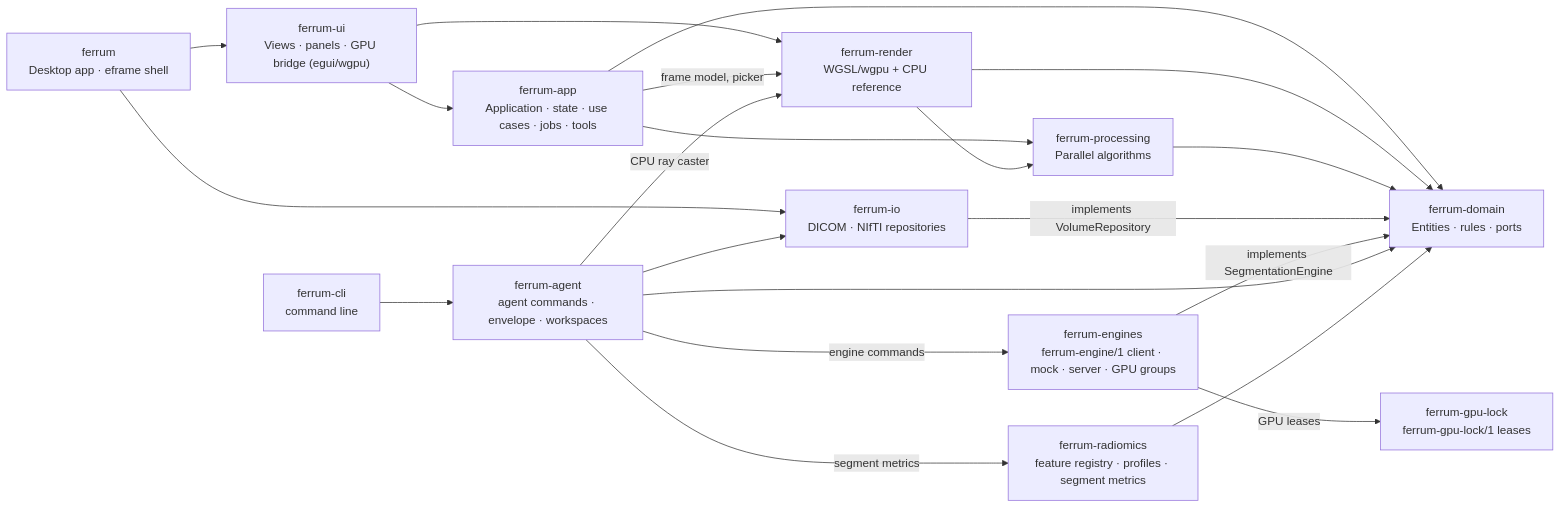
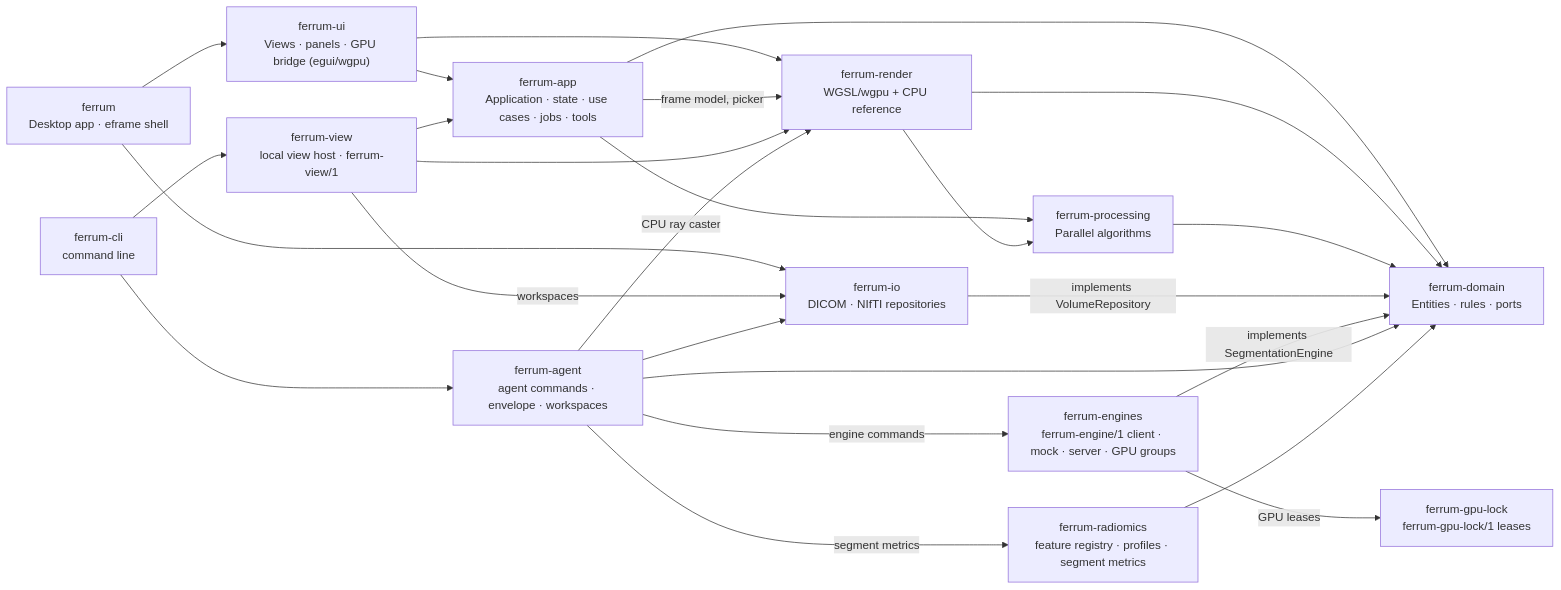
The first of 2 diagrams in docs/architecture.md (Kauter1989/ferrum), drawn with Mermaid before and after one commit. The commit also changed other lines of this file and 23 other files, not shown here.

````diff
--- a/docs/architecture.md
+++ b/docs/architecture.md
@@ -19,36 +19,41 @@
 ```mermaid
 flowchart LR
     V["ferrum<br/>Desktop app · eframe shell"]
     UI["ferrum-ui<br/>Views · panels · GPU bridge (egui/wgpu)"]
     A["ferrum-app<br/>Application · state · use cases · jobs · tools"]
     D["ferrum-domain<br/>Entities · rules · ports"]
     P["ferrum-processing<br/>Parallel algorithms"]
     R["ferrum-render<br/>WGSL/wgpu + CPU reference"]
     IO["ferrum-io<br/>DICOM · NIfTI repositories"]
     EN["ferrum-engines<br/>ferrum-engine/1 client · mock · server · GPU groups"]
     GL["ferrum-gpu-lock<br/>ferrum-gpu-lock/1 leases"]
     RX["ferrum-radiomics<br/>feature registry · profiles · segment metrics"]
     AG["ferrum-agent<br/>agent commands · envelope · workspaces"]
     CLI["ferrum-cli<br/>command line"]
+    VW["ferrum-view<br/>local view host · ferrum-view/1"]
 
     V --> UI
     V --> IO
     UI --> A
     UI --> R
     A --> D
     A --> P
     A -->|"frame model, picker"| R
     R --> D
     R --> P
     P --> D
     IO -->|"implements VolumeRepository"| D
     EN -->|"implements SegmentationEngine"| D
     EN -->|"GPU leases"| GL
     CLI --> AG
+    CLI --> VW
+    VW --> A
+    VW --> R
+    VW -->|"workspaces"| IO
     AG --> D
     AG --> IO
     AG -->|"CPU ray caster"| R
     AG -->|"engine commands"| EN
     AG -->|"segment metrics"| RX
     RX --> D
 ```
````
